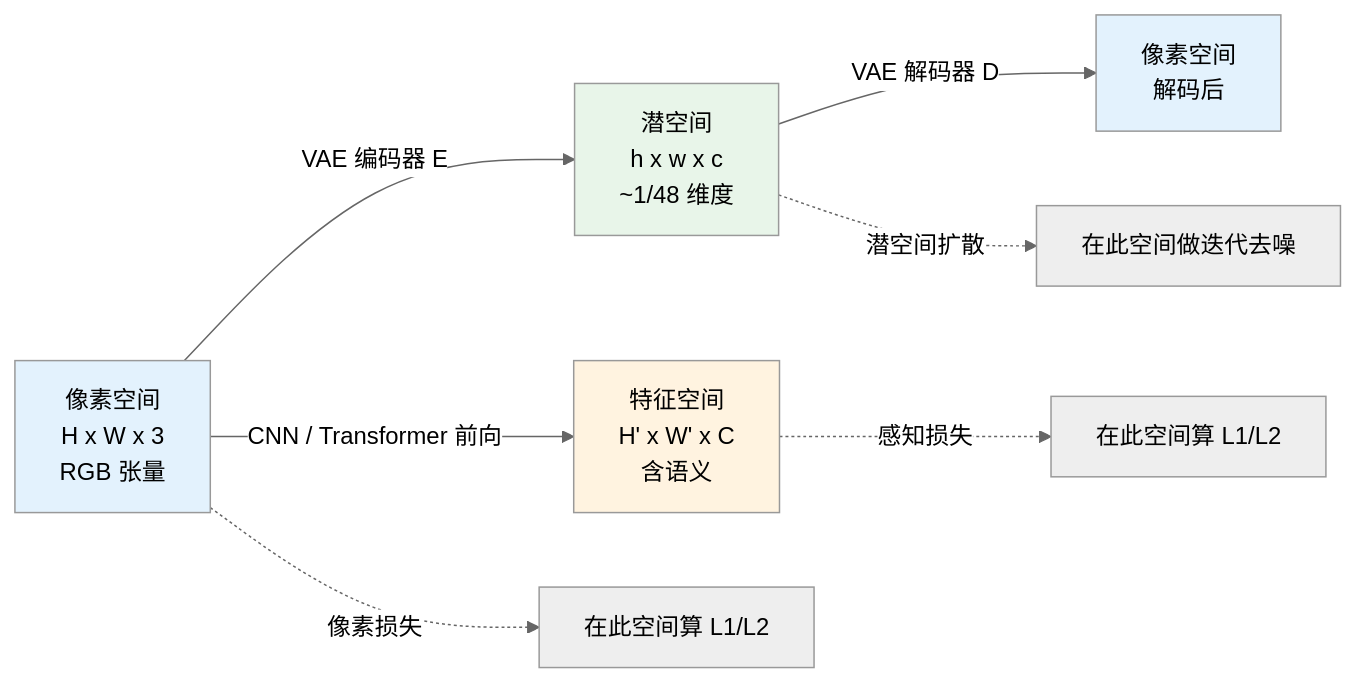
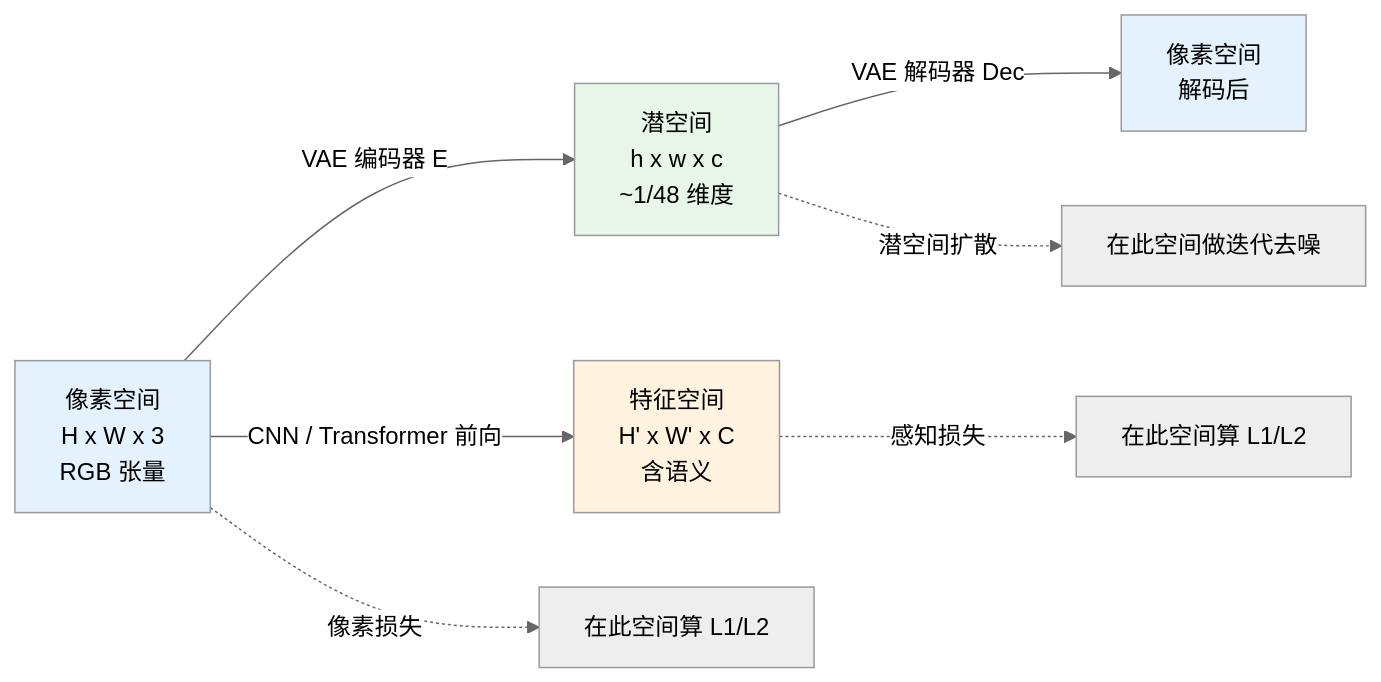
The first of 2 diagrams in chapters/02-representation.md (yingwang/image-enhancement-guide), drawn with Mermaid (neutral theme) before and after one commit. The commit also changed other lines of this file and 18 other files, not shown here.

````diff
--- a/chapters/02-representation.md
+++ b/chapters/02-representation.md
@@ -58,14 +58,14 @@
 ```mermaid
 graph LR
     Pixel[像素空间<br/>H x W x 3<br/>RGB 张量] -->|VAE 编码器 E| Latent[潜空间<br/>h x w x c<br/>~1/48 维度]
-    Latent -->|VAE 解码器 D| Pixel2[像素空间<br/>解码后]
+    Latent -->|VAE 解码器 Dec| Pixel2[像素空间<br/>解码后]
     Pixel -->|CNN / Transformer 前向| Feature[特征空间<br/>H' x W' x C<br/>含语义]
     Feature -.->|感知损失| EvalLoss[在此空间算 L1/L2]
     Latent -.->|潜空间扩散| Noise[在此空间做迭代去噪]
     Pixel -.->|像素损失| EvalLoss2[在此空间算 L1/L2]
 
     style Pixel fill:#e3f2fd
     style Feature fill:#fff3e0
     style Latent fill:#e8f5e9
     style Pixel2 fill:#e3f2fd
 ```
````
